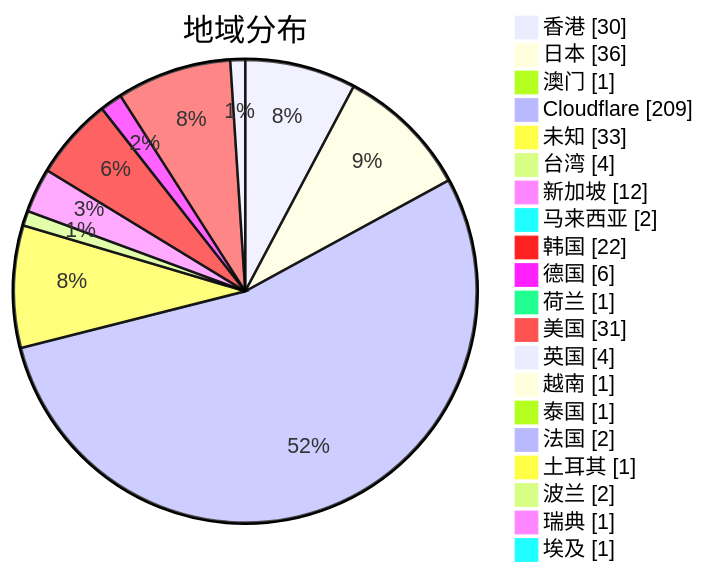
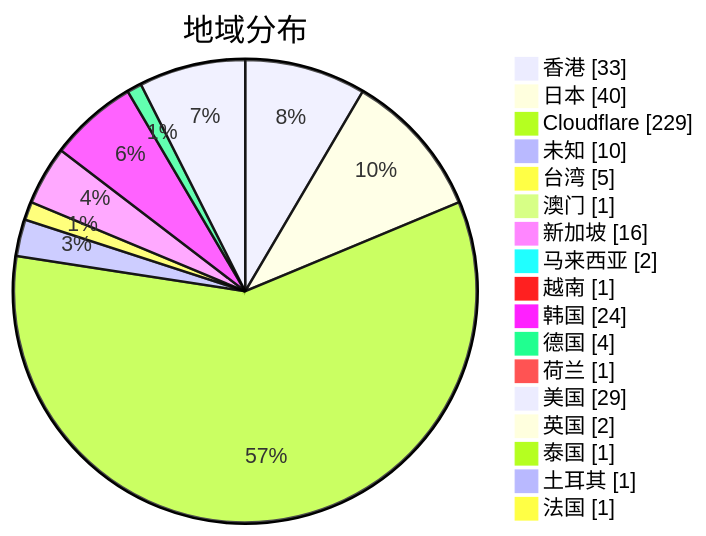
One commit to qjlxg/airport changed the second of 3 diagrams in subs/statistics/tested_within.md. Above: the diagram before and after it, drawn with Mermaid. The commit also changed other lines of this file and 2 other files, not shown here.

Commit message:
Tested by metaST

````diff
--- a/subs/statistics/tested_within.md
+++ b/subs/statistics/tested_within.md
@@ -13,24 +13,21 @@
 ```mermaid
 pie showData
 title 地域分布
-"香港" : 30
-"日本" : 36
+"香港" : 33
+"日本" : 40
+"Cloudflare" : 229
+"未知" : 10
+"台湾" : 5
 "澳门" : 1
-"Cloudflare" : 209
-"未知" : 33
-"台湾" : 4
-"新加坡" : 12
+"新加坡" : 16
 "马来西亚" : 2
-"韩国" : 22
-"德国" : 6
+"越南" : 1
+"韩国" : 24
+"德国" : 4
 "荷兰" : 1
-"美国" : 31
-"英国" : 4
-"越南" : 1
+"美国" : 29
+"英国" : 2
 "泰国" : 1
-"法国" : 2
 "土耳其" : 1
-"波兰" : 2
-"瑞典" : 1
-"埃及" : 1
+"法国" : 1
 ```
````
